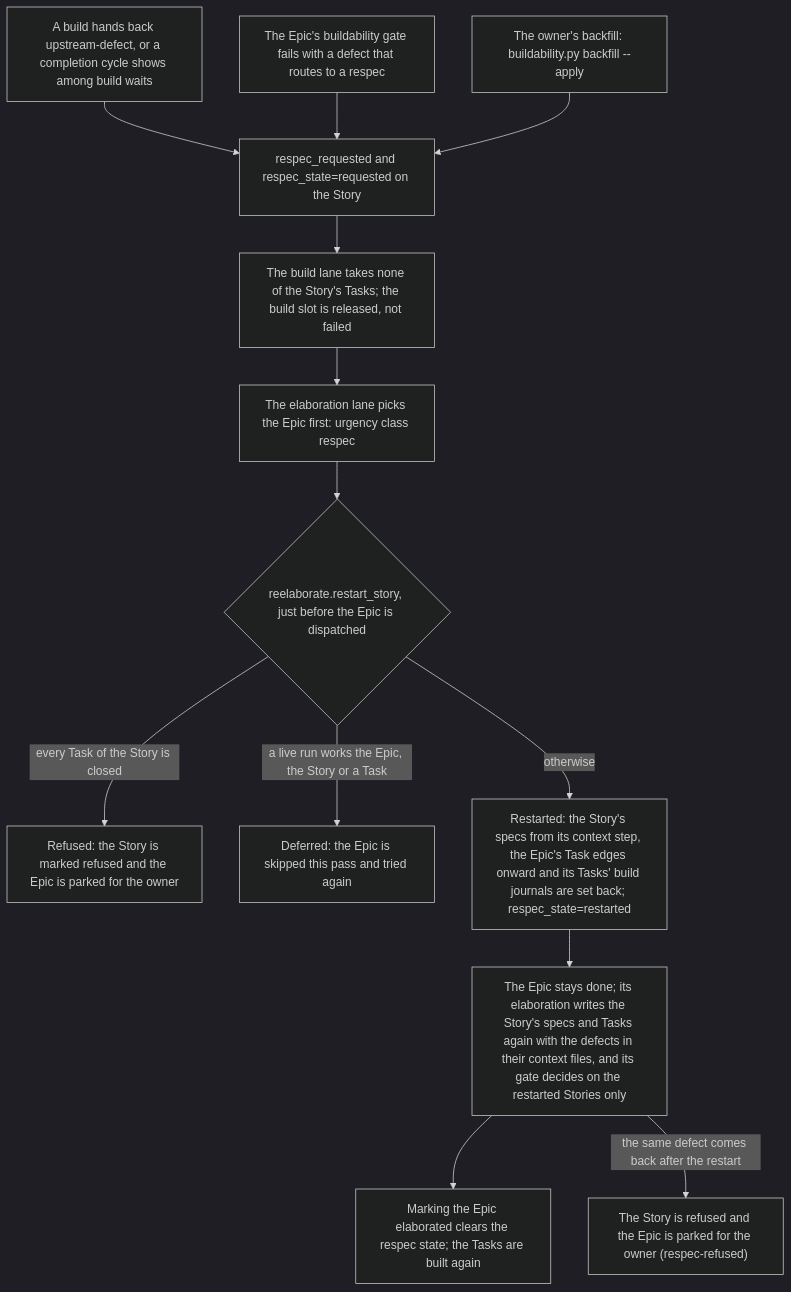
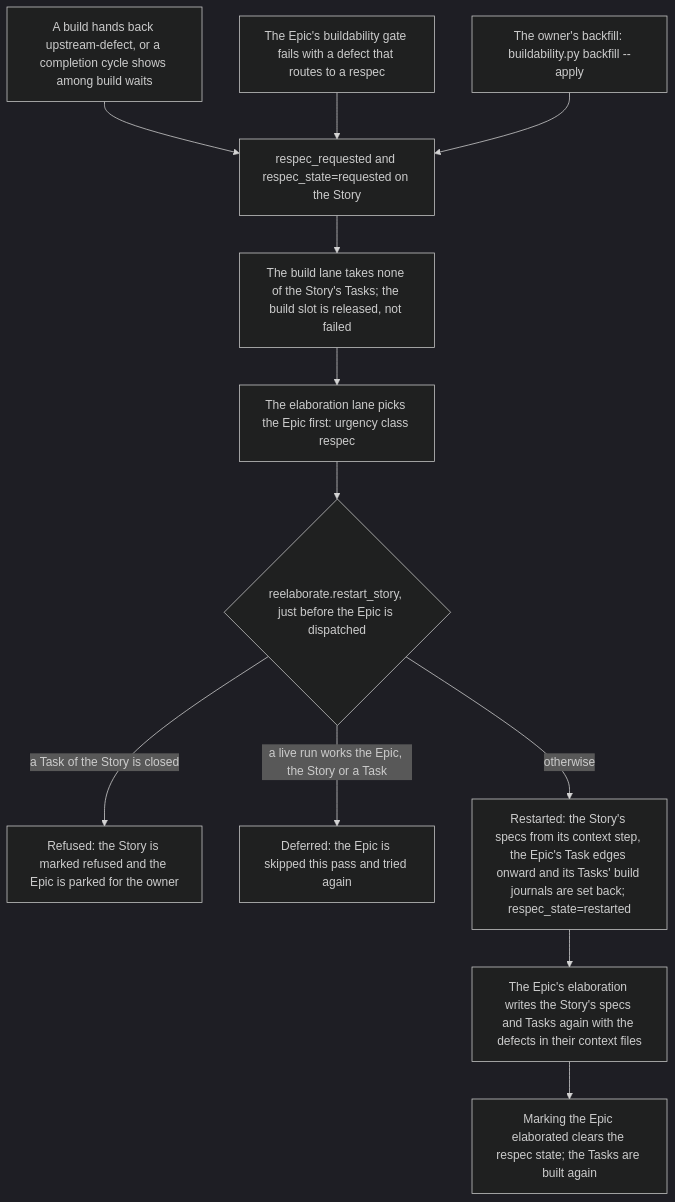
The eighth of 10 diagrams in plugins/agent-teams-workforce/blueprint/design/pipelines-driver.md (mark-satterfield/toolset), drawn with Mermaid (dark theme) before and after one commit. The commit also changed other lines of this file and 7 other files, not shown here.

First line of the commit message:
revert(pipeline): undo respec-keeps-done, restarted-Story gate scoping and producer-absent narrowing (1428b9e2)

````diff
--- a/plugins/agent-teams-workforce/blueprint/design/pipelines-driver.md
+++ b/plugins/agent-teams-workforce/blueprint/design/pipelines-driver.md
@@ -451,15 +451,14 @@
 ```mermaid
 flowchart TD
     b["A build hands back upstream-defect, or a completion cycle shows among build waits"] --> r["respec_requested and respec_state=requested on the Story"]
     g["The Epic's buildability gate fails with a defect that routes to a respec"] --> r
     o["The owner's backfill: buildability.py backfill --apply"] --> r
     r --> h["The build lane takes none of the Story's Tasks; the build slot is released, not failed"]
     h --> pick["The elaboration lane picks the Epic first: urgency class respec"]
     pick --> rs{"reelaborate.restart_story, just before the Epic is dispatched"}
-    rs -->|"every Task of the Story is closed"| park["Refused: the Story is marked refused and the Epic is parked for the owner"]
+    rs -->|"a Task of the Story is closed"| park["Refused: the Story is marked refused and the Epic is parked for the owner"]
     rs -->|"a live run works the Epic, the Story or a Task"| defer["Deferred: the Epic is skipped this pass and tried again"]
     rs -->|"otherwise"| run["Restarted: the Story's specs from its context step, the Epic's Task edges onward and its Tasks' build journals are set back; respec_state=restarted"]
-    run --> elab["The Epic stays done; its elaboration writes the Story's specs and Tasks again with the defects in their context files, and its gate decides on the restarted Stories only"]
+    run --> elab["The Epic's elaboration writes the Story's specs and Tasks again with the defects in their context files"]
     elab --> done["Marking the Epic elaborated clears the respec state; the Tasks are built again"]
-    elab -->|"the same defect comes back after the restart"| rep["The Story is refused and the Epic is parked for the owner (respec-refused)"]
 ```
````
